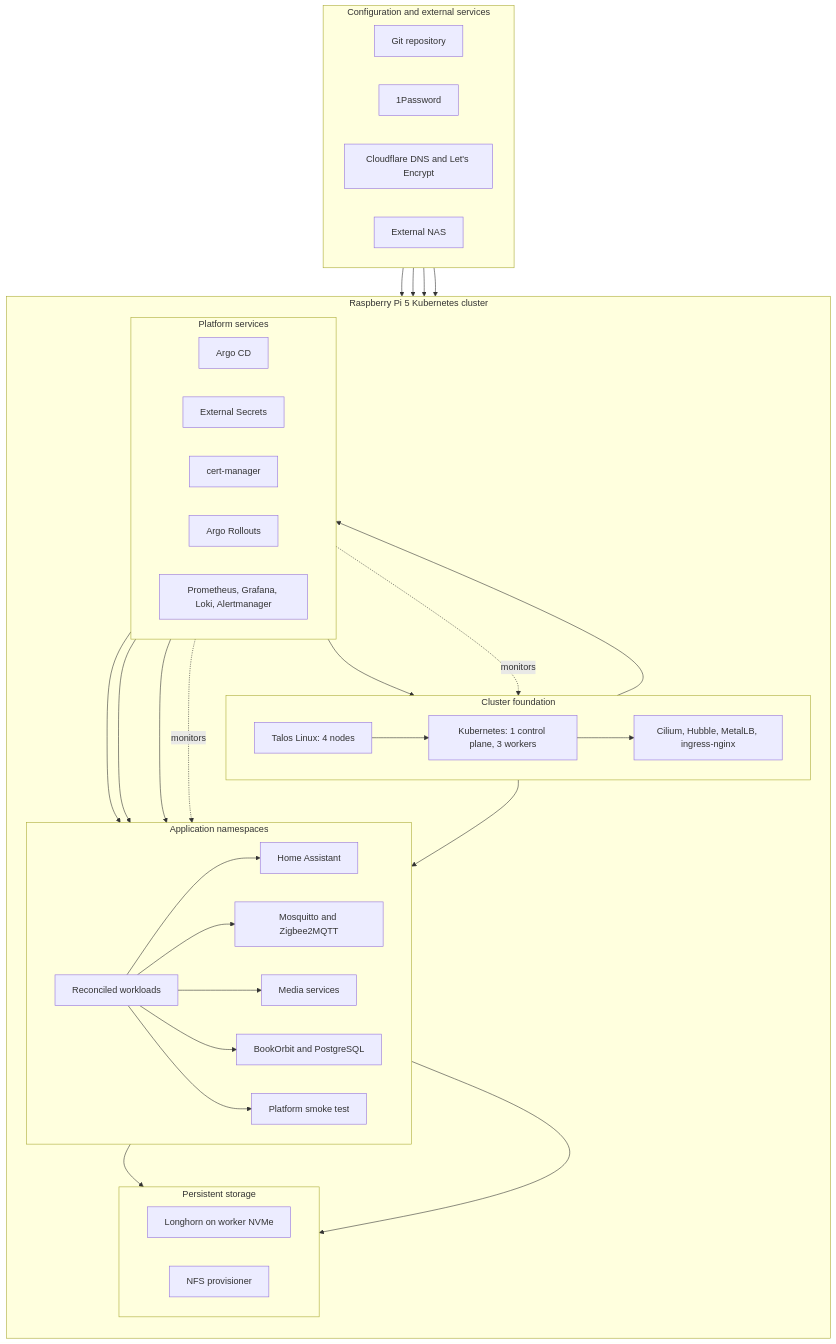
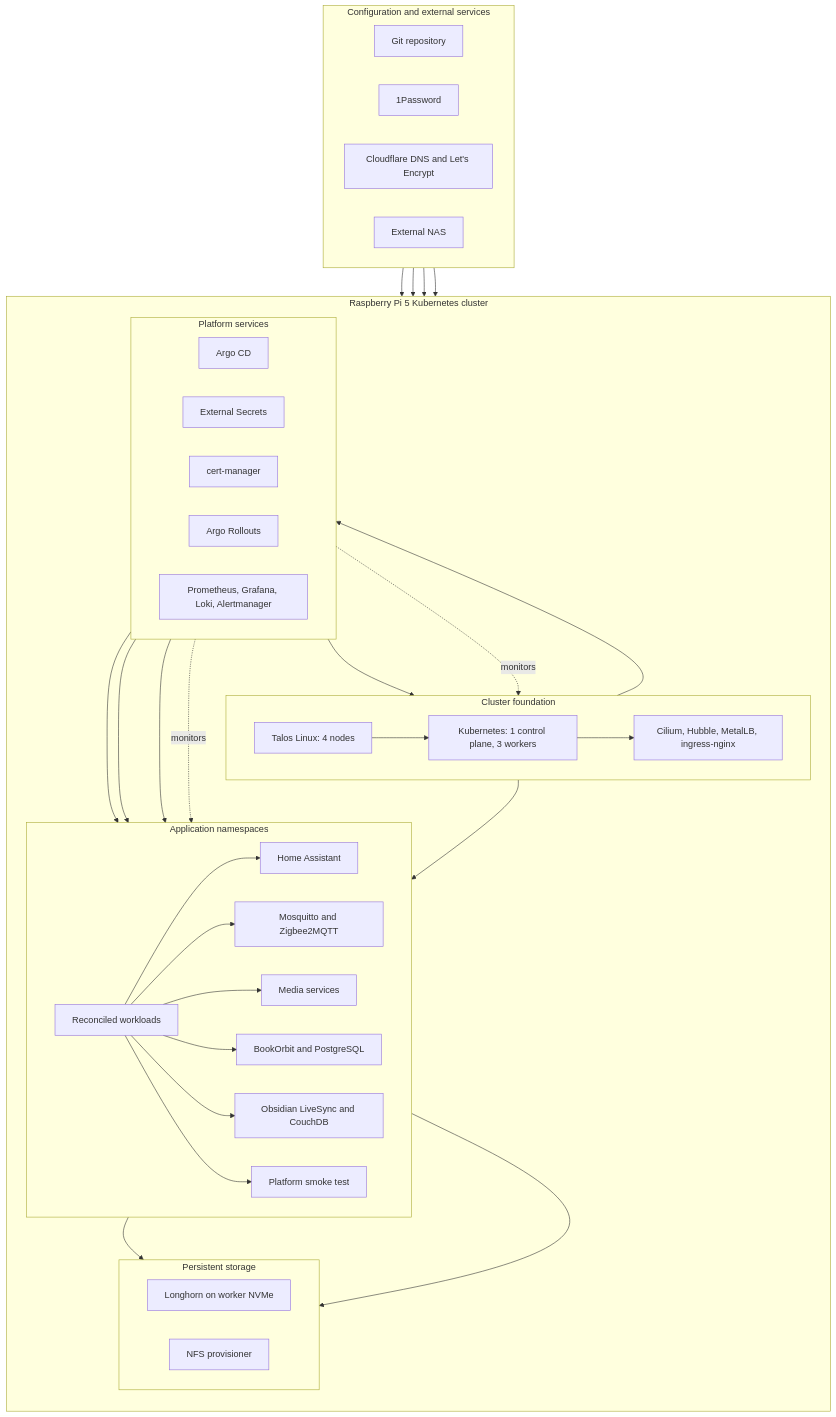
One commit to Alphaegen/talos-kubernetes-homelab changed the diagram in README.md. Above: the diagram before and after it, drawn with Mermaid. The commit also changed other lines of this file and 12 other files, not shown here.

Commit message:
Adding Obsidian LiveSync for easier vault syncing

````diff
--- a/README.md
+++ b/README.md
@@ -27,68 +27,70 @@
 ```mermaid
 flowchart TB
     subgraph external["Configuration and external services"]
         direction LR
         git["Git repository"]
         onepassword["1Password"]
         publicdns["Cloudflare DNS and Let's Encrypt"]
         nas["External NAS"]
     end
 
     subgraph cluster["Raspberry Pi 5 Kubernetes cluster"]
         direction TB
 
         subgraph foundation["Cluster foundation"]
             direction LR
             talos["Talos Linux: 4 nodes"]
             kubernetes["Kubernetes: 1 control plane, 3 workers"]
             networking["Cilium, Hubble, MetalLB, ingress-nginx"]
             talos --> kubernetes --> networking
         end
 
         subgraph platform["Platform services"]
             direction LR
             argocd["Argo CD"]
             eso["External Secrets"]
             certificates["cert-manager"]
             rollouts["Argo Rollouts"]
             observability["Prometheus, Grafana, Loki, Alertmanager"]
         end
 
         subgraph applications["Application namespaces"]
             direction LR
             appentry["Reconciled workloads"]
             homeassistant["Home Assistant"]
             automation["Mosquitto and Zigbee2MQTT"]
             media["Media services"]
             bookorbit["BookOrbit and PostgreSQL"]
+            livesync["Obsidian LiveSync and CouchDB"]
             smoke["Platform smoke test"]
             appentry --> homeassistant
             appentry --> automation
             appentry --> media
             appentry --> bookorbit
+            appentry --> livesync
             appentry --> smoke
         end
 
         subgraph storage["Persistent storage"]
             direction LR
             longhorn["Longhorn on worker NVMe"]
             nfs["NFS provisioner"]
         end
 
         kubernetes --> argocd
         networking --> appentry
         argocd --> appentry
         eso --> appentry
         certificates --> networking
         rollouts --> smoke
         observability -. monitors .-> kubernetes
         observability -. monitors .-> appentry
         appentry --> longhorn
         appentry --> nfs
     end
 
     git --> argocd
     onepassword --> eso
     publicdns --> certificates
     nas --> nfs
 ```
````
